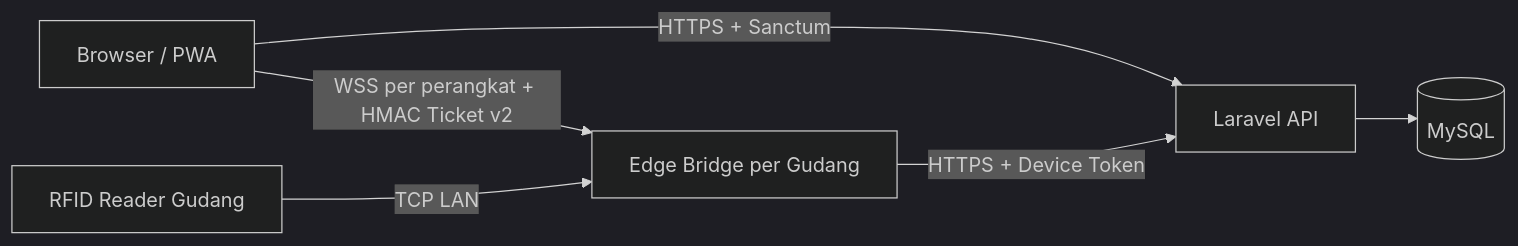
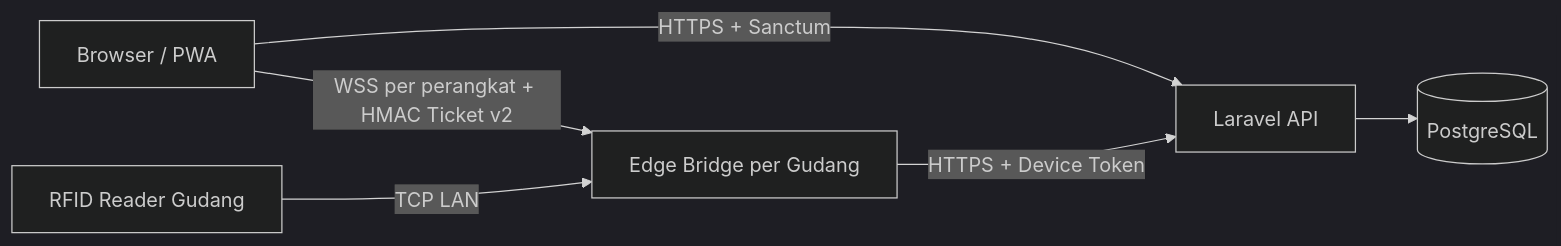
The first of 2 diagrams in doc/arsitektur.md (davaardana/kewa-wms-local), drawn with Mermaid (dark theme) before and after one commit. The commit also changed other lines of this file and 106 other files, not shown here.

````diff
--- a/doc/arsitektur.md
+++ b/doc/arsitektur.md
@@ -19,8 +19,8 @@
 ```mermaid
 graph LR
     Browser[Browser / PWA] -->|HTTPS + Sanctum| API[Laravel API]
-    API --> DB[(MySQL)]
+    API --> DB[(PostgreSQL)]
     Reader[RFID Reader Gudang] -->|TCP LAN| Edge[Edge Bridge per Gudang]
     Edge -->|HTTPS + Device Token| API
     Browser -->|WSS per perangkat + HMAC Ticket v2| Edge
 ```
````
